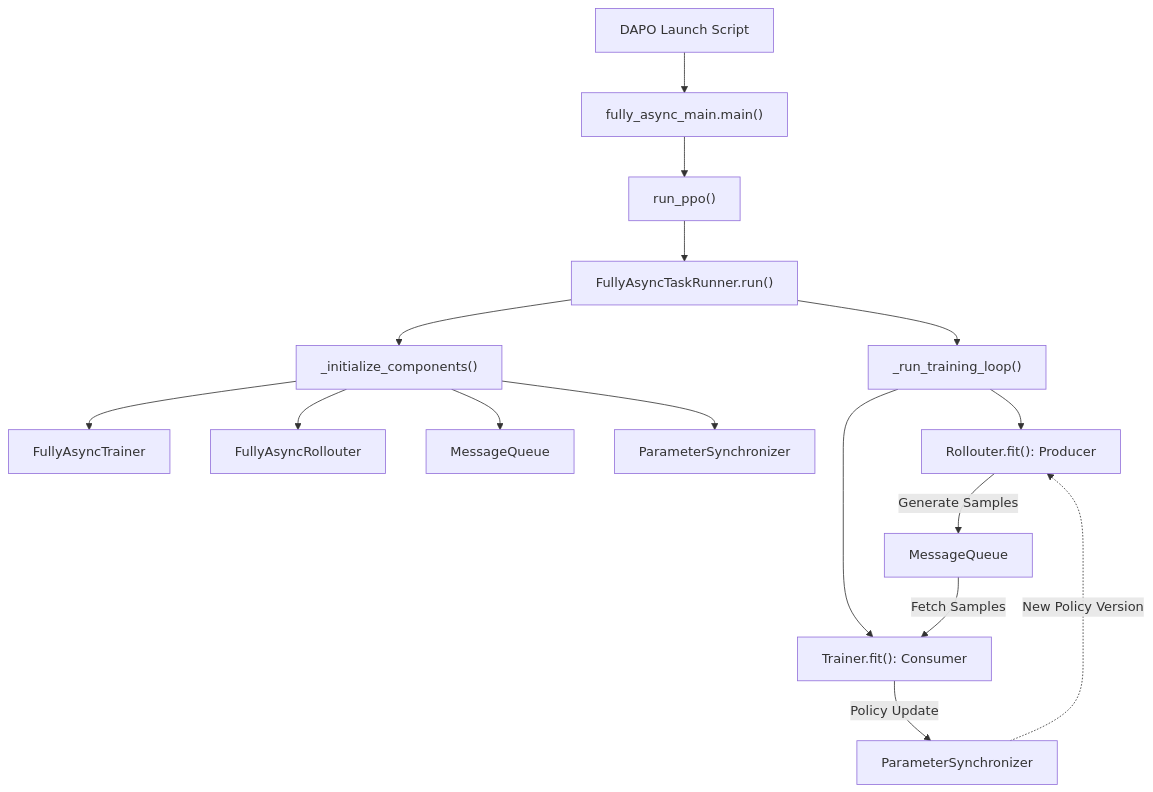
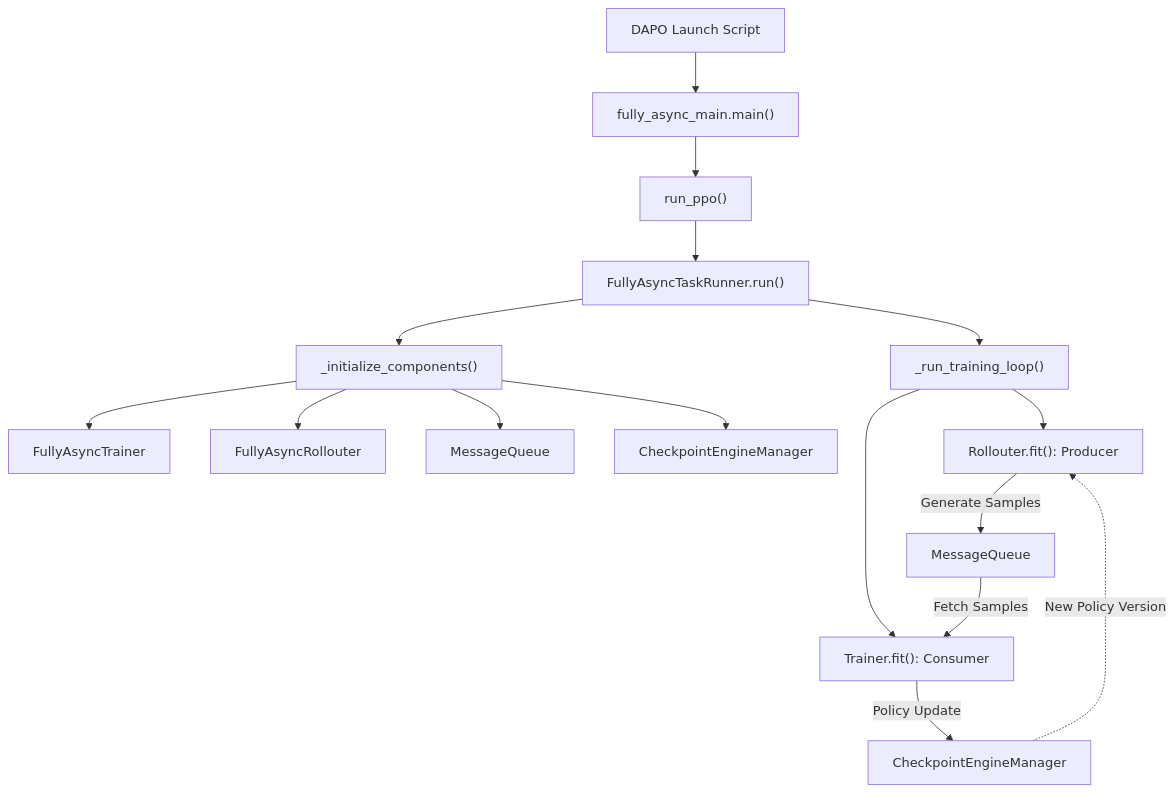
The first of 3 diagrams in verl-fully-async-policy-training-zh.md (Vivicai1005/verl-rocm-tutorials), drawn with Mermaid before and after one commit. The commit also changed other lines of this file, not shown here.

Commit message:
Enhance Fully Async Policy Training documentation

````diff
--- a/verl-fully-async-policy-training-zh.md
+++ b/verl-fully-async-policy-training-zh.md
@@ -9,23 +12,23 @@
 ```mermaid
 flowchart TD
     A["DAPO Launch Script"]
     --> B["fully_async_main.main()"]
     --> C["run_ppo()"]
     --> D["FullyAsyncTaskRunner.run()"]
 
     D --> E["_initialize_components()"]
     E --> E1["FullyAsyncTrainer"]
     E --> E2["FullyAsyncRollouter"]
     E --> E3["MessageQueue"]
-    E --> E4["ParameterSynchronizer"]
+    E --> E4["CheckpointEngineManager"]
 
     D --> F["_run_training_loop()"]
 
     F --> R["Rollouter.fit(): Producer"]
     F --> T["Trainer.fit(): Consumer"]
 
     R -->|"Generate Samples"| Q["MessageQueue"]
     Q -->|"Fetch Samples"| T
-    T -->|"Policy Update"| P["ParameterSynchronizer"]
+    T -->|"Policy Update"| P["CheckpointEngineManager"]
     P -.->|"New Policy Version"| R
 ```
````
